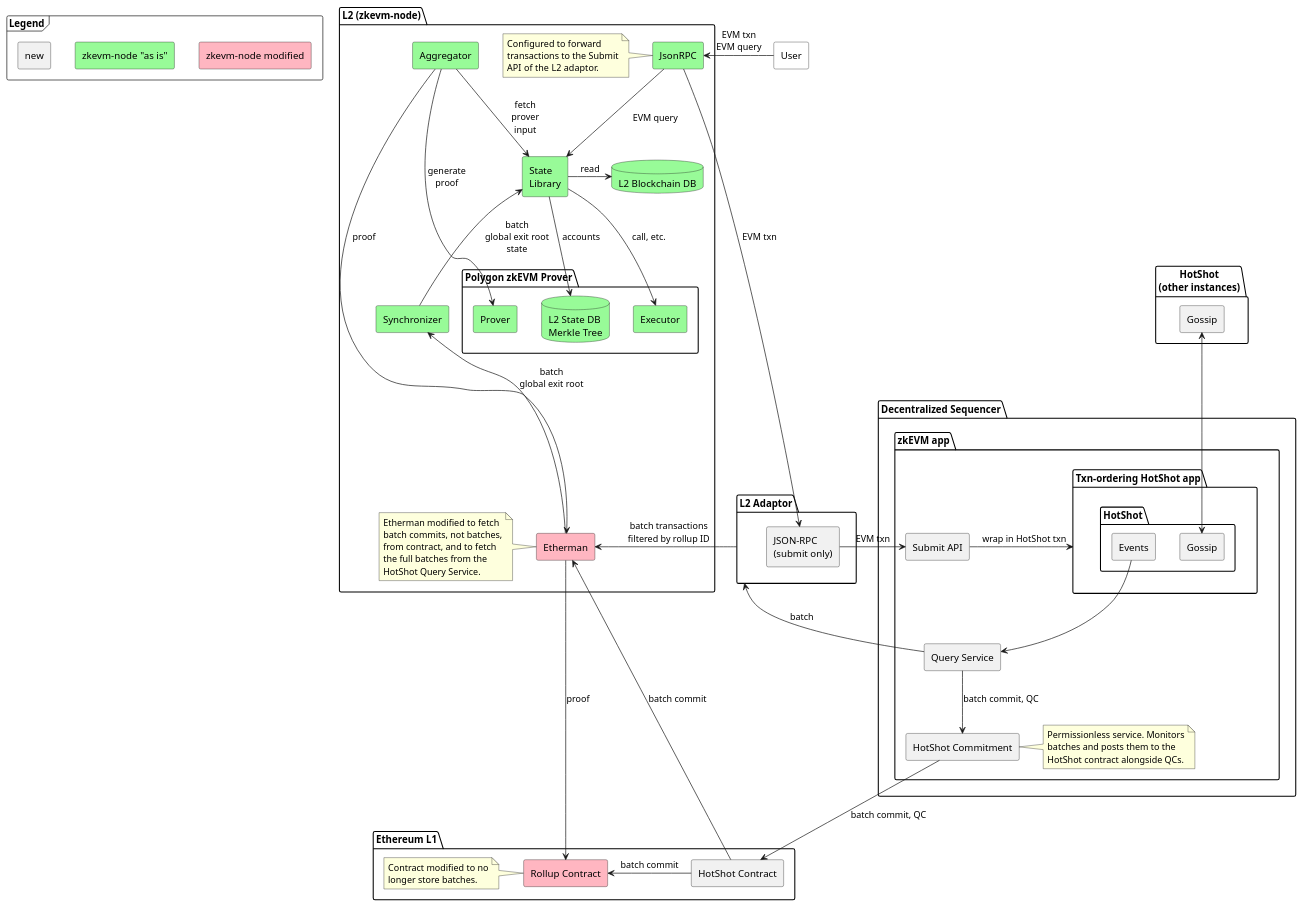
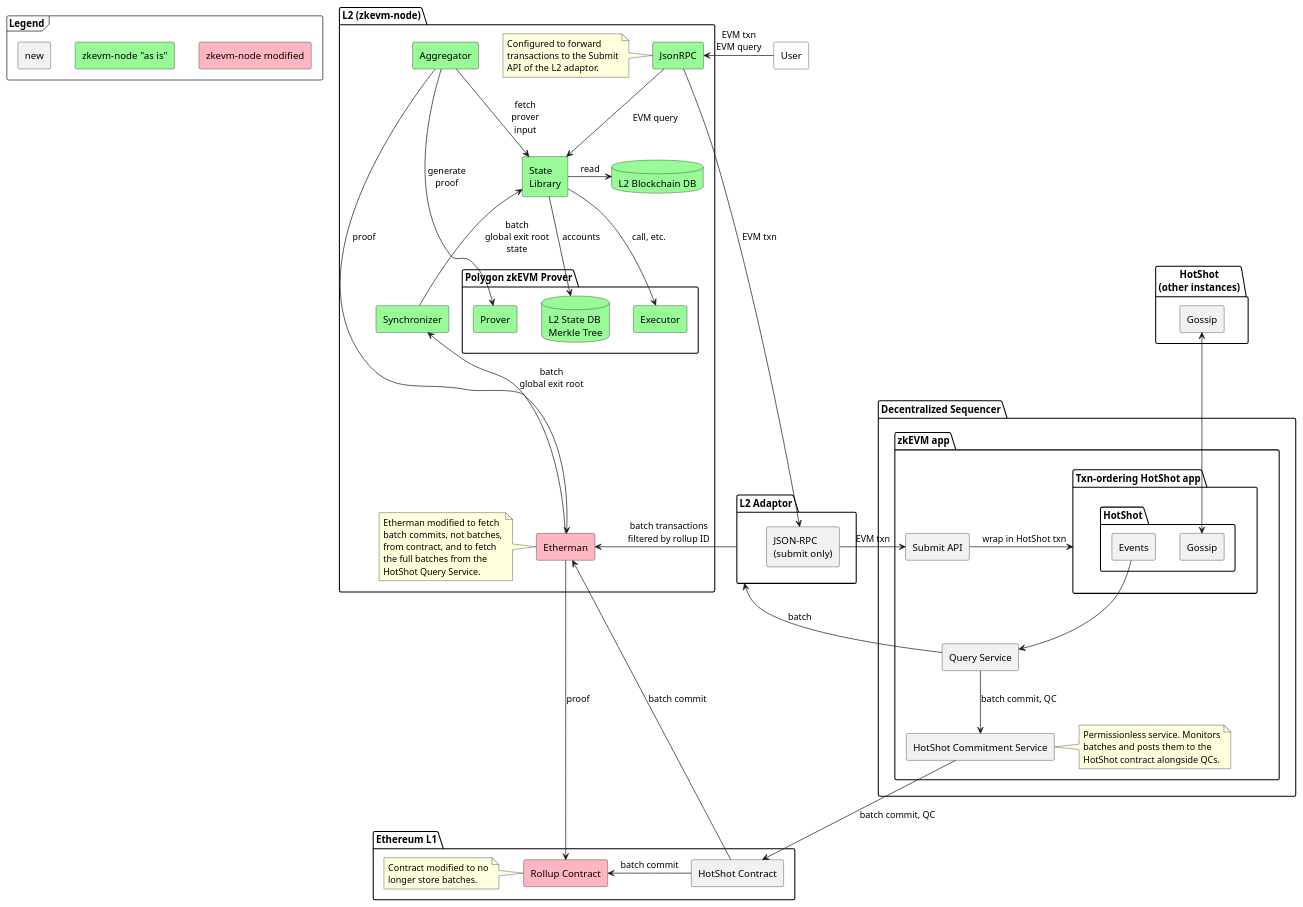
The diagram in doc/architecture_phase2.puml (EspressoSystems/espresso-polygon-zkevm-demo), drawn with PlantUML before and after one commit. The commit also changed 1 other file, not shown here.

Commit message:
Add "Service"

```diff
--- a/doc/architecture_phase2.puml
+++ b/doc/architecture_phase2.puml
@@ -1,112 +1,112 @@
 @startuml
 skinparam componentStyle rectangle
 
 frame Legend {
   component "zkevm-node "as is"" as Original #PaleGreen
   component "zkevm-node modified" as Modified #LightPink
   component "new" as New
 }
 
 New -[hidden]r-> Original
 Original -[hidden]r-> Modified
 
 component User #White
 package "HotShot\n(other instances)" as HotShotExternal {
   component "Gossip" as GossipExternal
 }
 
 package "Decentralized Sequencer" {
   package "zkEVM app" as zkApp {
     component "Query Service" as QueryService
     component "Submit API" as Submit
     package "Txn-ordering HotShot app" as App {
       package HotShot {
         component "Gossip" as GossipInternal
         component "Events" as HotShotEvents
       }
     }
-    component "HotShot Commitment" as HotShotCommitment
+    component "HotShot Commitment Service" as HotShotCommitment
     note right of HotShotCommitment
       Permissionless service. Monitors
       batches and posts them to the
       HotShot contract alongside QCs.
     end note
   }
 }
 
 package "L2 Adaptor" as Adaptor {
   component "JSON-RPC\n(submit only)" as AdaptorSubmit
 }
 
 package "Ethereum L1" as L1 {
   component "Rollup Contract" as Rollup #LightPink
   note left of Rollup
     Contract modified to no
     longer store batches.
   end note
   component "HotShot Contract" as HotShotContract
 }
 
 
 package "L2 (zkevm-node)" as L2 {
   component JsonRPC #PaleGreen
   note left of JsonRPC
     Configured to forward
     transactions to the Submit
     API of the L2 adaptor.
   end note
   database L2DB #PaleGreen [
     L2 Blockchain DB
   ]
   package "Polygon zkEVM Prover" as zkEVMProver {
     component Prover #PaleGreen
     component Executor #PaleGreen
     database Tree #PaleGreen [
       L2 State DB
       Merkle Tree
     ]
   }
   component Etherman #LightPink
   note left of Etherman
     Etherman modified to fetch
     batch commits, not batches,
     from contract, and to fetch
     the full batches from the
     HotShot Query Service.
   end note
   component Aggregator #PaleGreen
   component "State\nLibrary" as State #PaleGreen
   component Synchronizer #PaleGreen
 }
 
 User -left-> JsonRPC: EVM txn\nEVM query
 
 JsonRPC -> AdaptorSubmit: EVM txn
 AdaptorSubmit -> Submit: EVM txn
 
 GossipInternal <-up-> GossipExternal
 
 Rollup <- HotShotContract: batch commit
 JsonRPC --> State: EVM query
 
 State -> L2DB: read
 State --> Tree: accounts
 State --> Executor: call, etc.
 
 Aggregator --> State: fetch\nprover\ninput
 Aggregator --> Etherman: proof
 Aggregator --> Prover: generate\nproof
 Etherman --> Rollup: proof
 Etherman <-right- HotShotContract: batch commit
 Etherman <- Adaptor: batch transactions\nfiltered by rollup ID
 Adaptor <- QueryService: batch
 Synchronizer <-- Etherman: batch\nglobal exit root
 State <-- Synchronizer: batch\nglobal exit root\nstate
 
 Submit -> App: wrap in HotShot txn
 HotShotEvents -down-> QueryService
 
 QueryService -down-> HotShotCommitment: batch commit, QC
 HotShotCommitment -down-> HotShotContract: batch commit, QC
 
 @enduml
```
